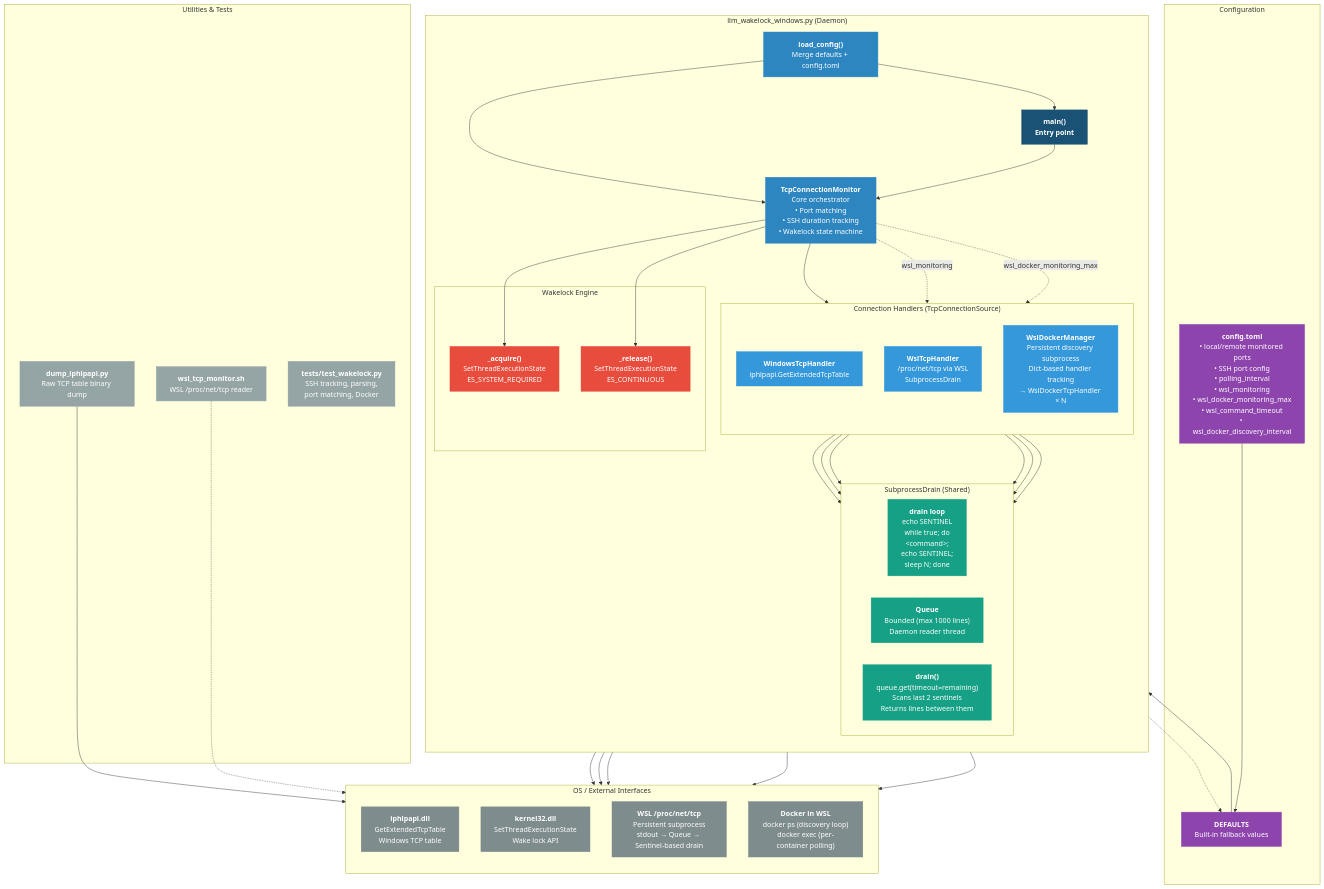
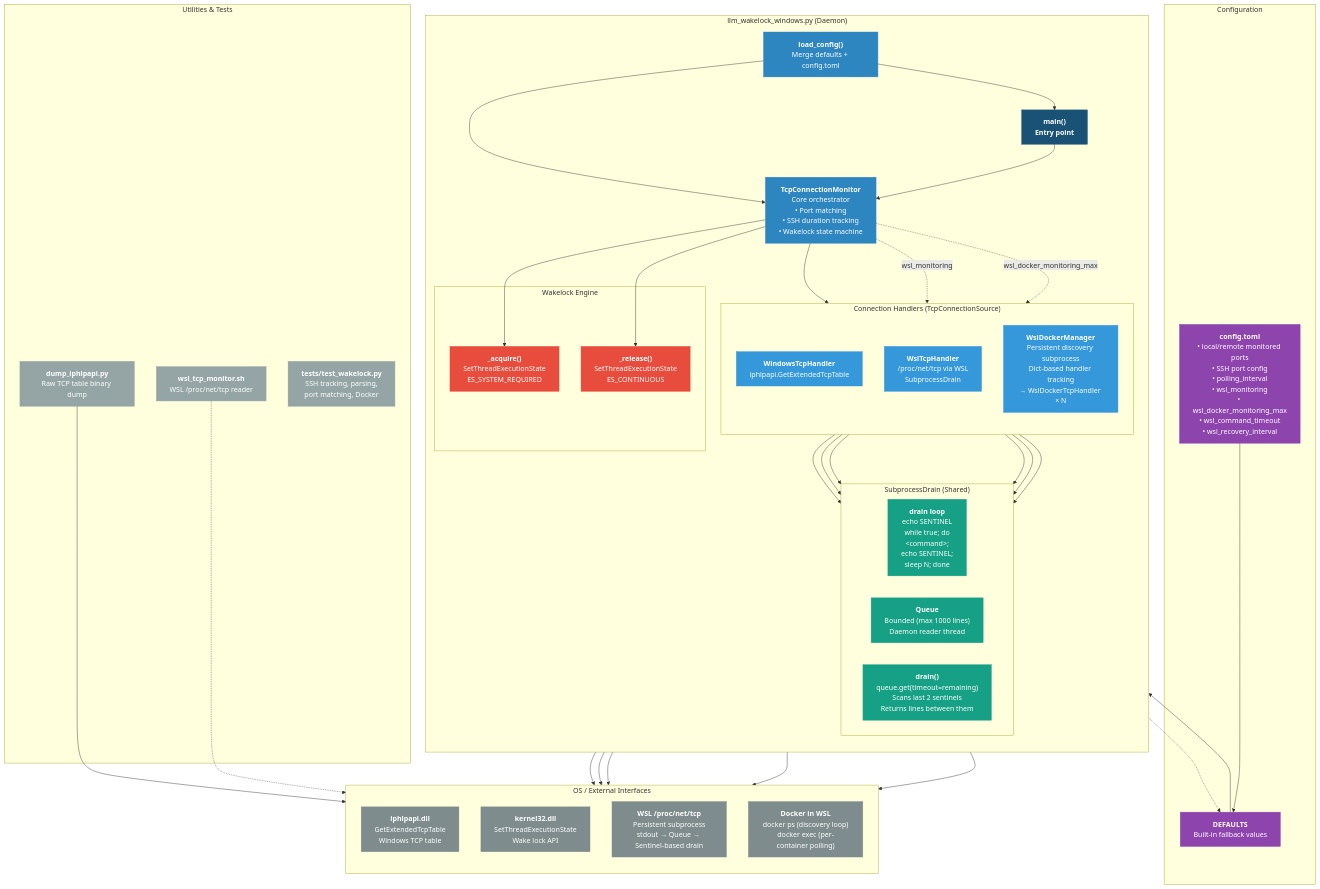
The first of 2 diagrams in docs/component-diagram.md (JonathanKChang/llm_wakelock_windows), drawn with Mermaid before and after one commit. The commit also changed 2 other files, not shown here.

Commit message:
refactor(config): rename wsl_docker_discovery_interval to wsl_recovery_interval
- Rename DEFAULTS key in llm_wakelock_windows.py (default 60s unchanged)
- Update WslDockerManager to reference config['wsl_recovery_interval']
- Update test configs across all docker test cases
- Update README config table and discovery note
- Update component diagram to show new parameter name

This single config value now drives both the subprocess restart cooldown
and Docker container discovery cadence.

```diff
--- a/docs/component-diagram.md
+++ b/docs/component-diagram.md
@@ -29,7 +29,7 @@
     end
 
     subgraph Configuration["Configuration"]
-        ConfigFile["<b>config.toml</b><br/>• local/remote monitored ports<br/>• SSH port config<br/>• polling_interval<br/>• wsl_monitoring<br/>• wsl_docker_monitoring_max<br/>• wsl_command_timeout<br/>• wsl_docker_discovery_interval"]:::config
+        ConfigFile["<b>config.toml</b><br/>• local/remote monitored ports<br/>• SSH port config<br/>• polling_interval<br/>• wsl_monitoring<br/>• wsl_docker_monitoring_max<br/>• wsl_command_timeout<br/>• wsl_recovery_interval"]:::config
         Defaults["<b>DEFAULTS</b><br/>Built-in fallback values"]:::config
     end
 
```
